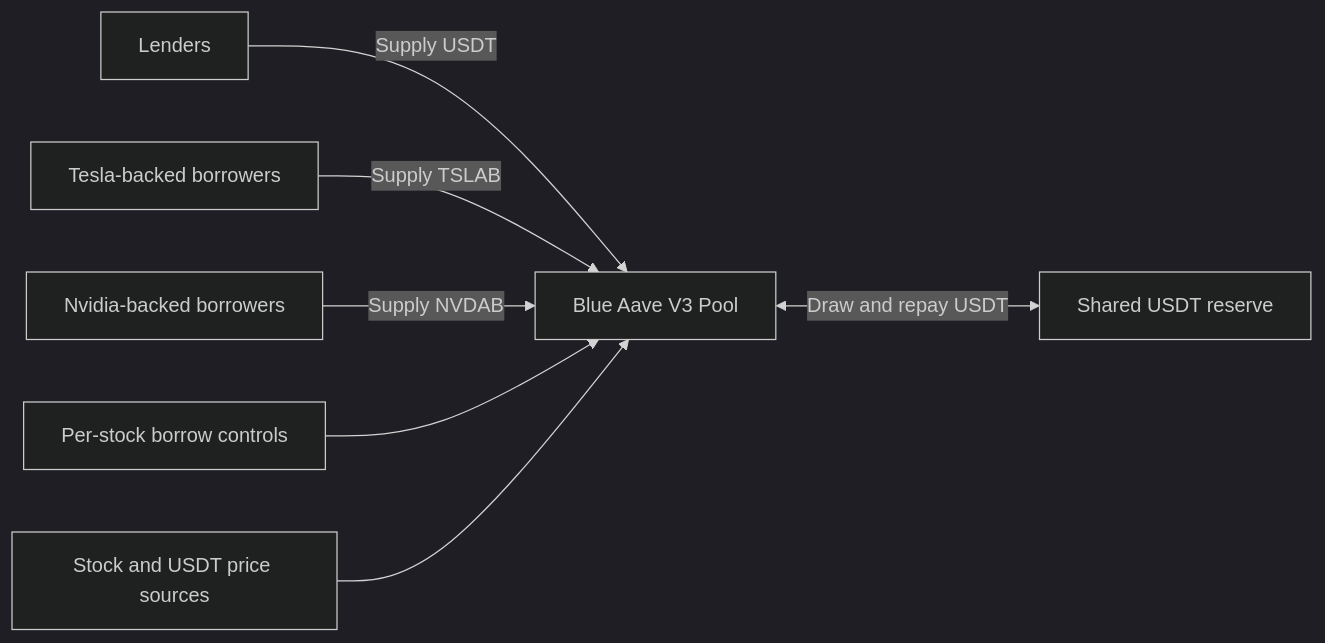
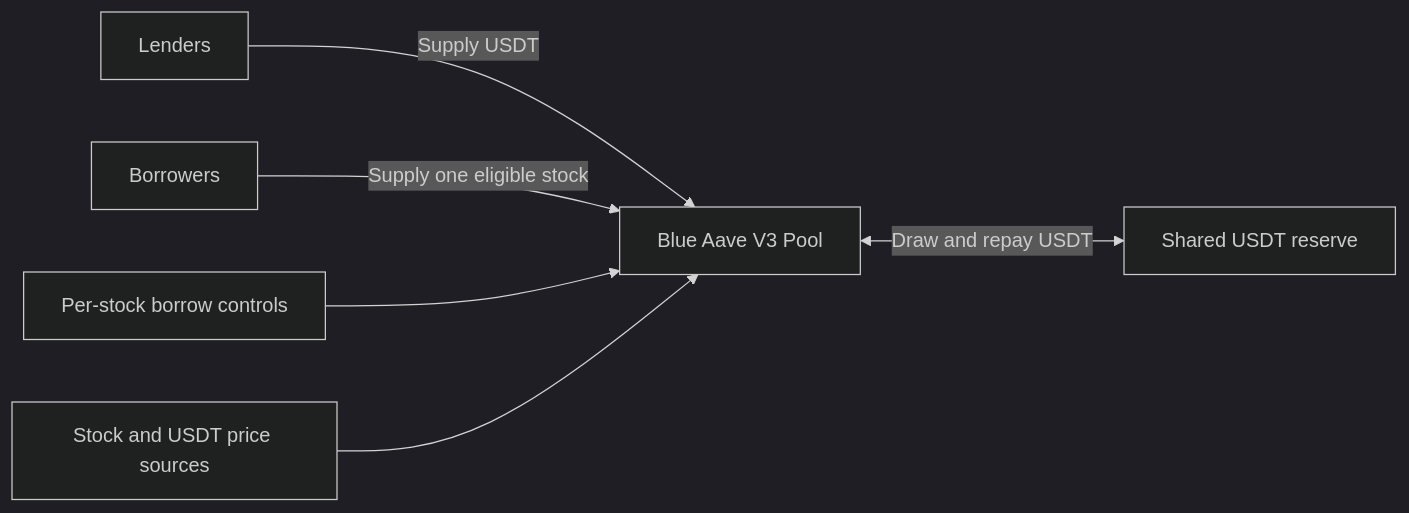
One commit to neelansh15/blue-finance changed the diagram in architecture-v3.md. Above: the diagram before and after it, drawn with Mermaid (dark theme). The commit also changed other lines of this file and 12 other files, not shown here.

````diff
--- a/architecture-v3.md
+++ b/architecture-v3.md
@@ -13,9 +13,8 @@
 ```mermaid
 flowchart LR
     L[Lenders] -->|Supply USDT| P[Blue Aave V3 Pool]
-    T[Tesla-backed borrowers] -->|Supply TSLAB| P
-    N[Nvidia-backed borrowers] -->|Supply NVDAB| P
+    B[Borrowers] -->|Supply one eligible stock| P
     P <-->|Draw and repay USDT| R[Shared USDT reserve]
     G[Per-stock borrow controls] --> P
     O[Stock and USDT price sources] --> P
 ```
````
